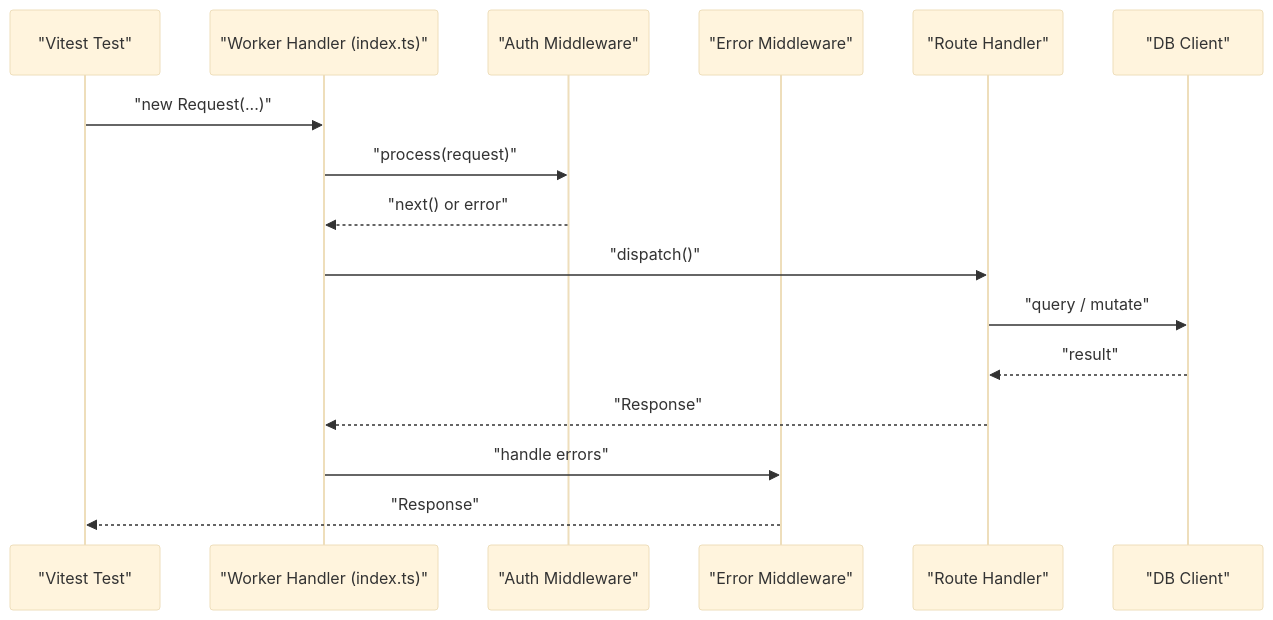
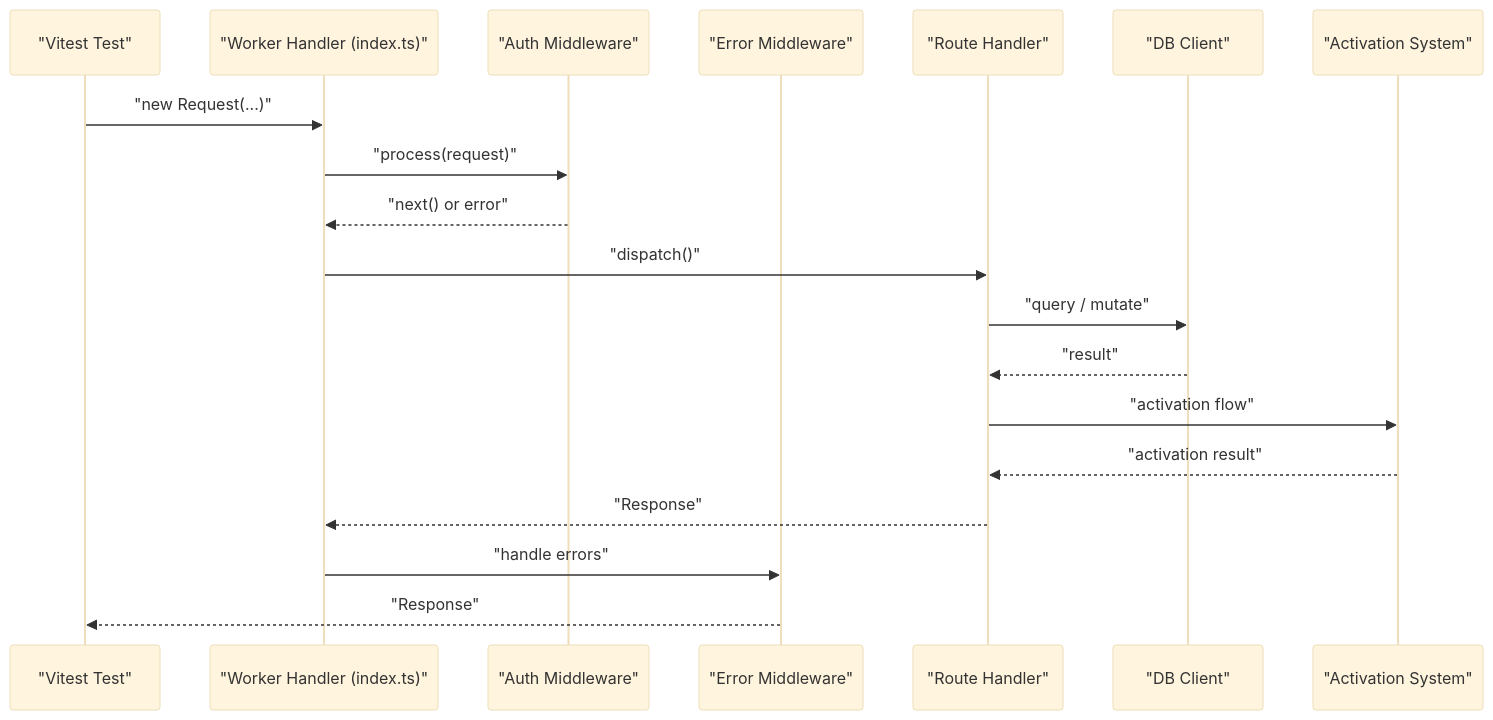
The second of 8 diagrams in .qoder/repowiki/en/content/Testing Guide/Testing Guide.md (Mesililm-LLC/api.trackdub), drawn with Mermaid (base theme) before and after one commit. The commit also changed other lines of this file and 37 other files, not shown here.

````diff
--- a/.qoder/repowiki/en/content/Testing Guide/Testing Guide.md
+++ b/.qoder/repowiki/en/content/Testing Guide/Testing Guide.md
@@ -117,18 +194,21 @@
 ```mermaid
 sequenceDiagram
 participant Test as "Vitest Test"
 participant Worker as "Worker Handler (index.ts)"
 participant MWAuth as "Auth Middleware"
 participant MWError as "Error Middleware"
 participant Route as "Route Handler"
 participant DB as "DB Client"
+participant Activ as "Activation System"
 Test->>Worker : "new Request(...)"
 Worker->>MWAuth : "process(request)"
 MWAuth-->>Worker : "next() or error"
 Worker->>Route : "dispatch()"
 Route->>DB : "query / mutate"
 DB-->>Route : "result"
+Route->>Activ : "activation flow"
+Activ-->>Route : "activation result"
 Route-->>Worker : "Response"
 Worker->>MWError : "handle errors"
 MWError-->>Test : "Response"
 ```
````
